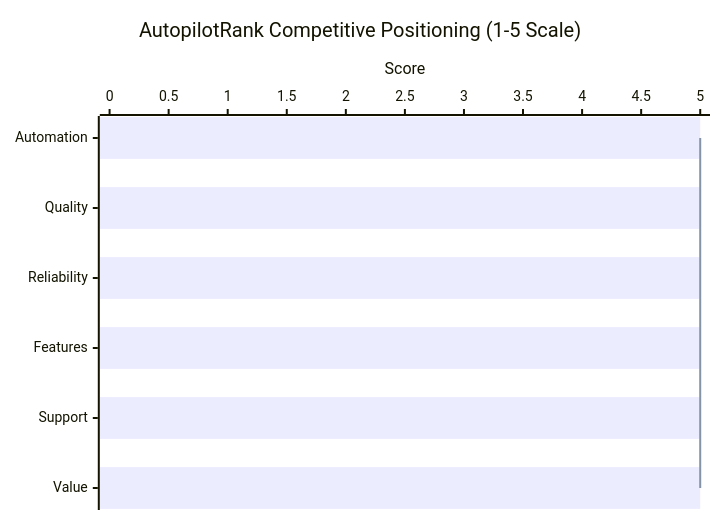
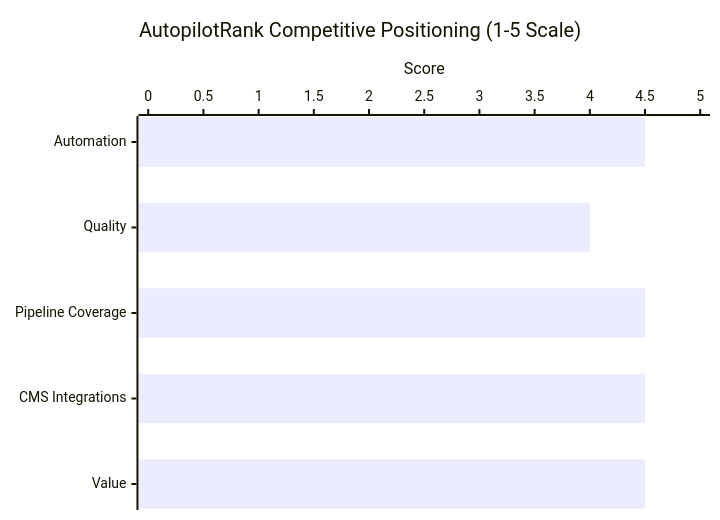
One commit to ColdstartLabs-ca/astro-saas-boilerplate changed the eighth of 9 diagrams in docs/business/business-model-canvas/value-proposition.md. Above: the diagram before and after it, drawn with Mermaid. The commit also changed other lines of this file and 1 other file, not shown here.

First line of the commit message:
docs(business): pivot core value prop to full content lifecycle ownership

````diff
--- a/docs/business/business-model-canvas/value-proposition.md
+++ b/docs/business/business-model-canvas/value-proposition.md
@@ -610,13 +625,12 @@
 ```mermaid
 ---
 config:
     xyChart:
         chartOrientation: horizontal
 ---
 xychart-beta
     title "AutopilotRank Competitive Positioning (1-5 Scale)"
-    x-axis ["Automation", "Quality", "Reliability", "Features", "Support", "Value"]
+    x-axis ["Automation", "Quality", "Pipeline Coverage", "CMS Integrations", "Value"]
     y-axis "Score" 0 --> 5
-    bar [5, 5, 5, 5, 5, 5]
-    line [5, 5, 5, 5, 5, 5]
+    bar [4.5, 4, 4.5, 4.5, 4.5]
 ```
````
